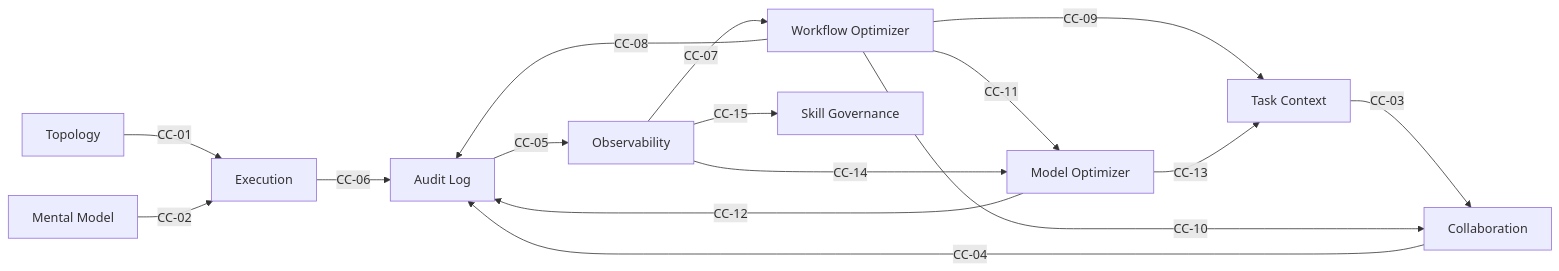
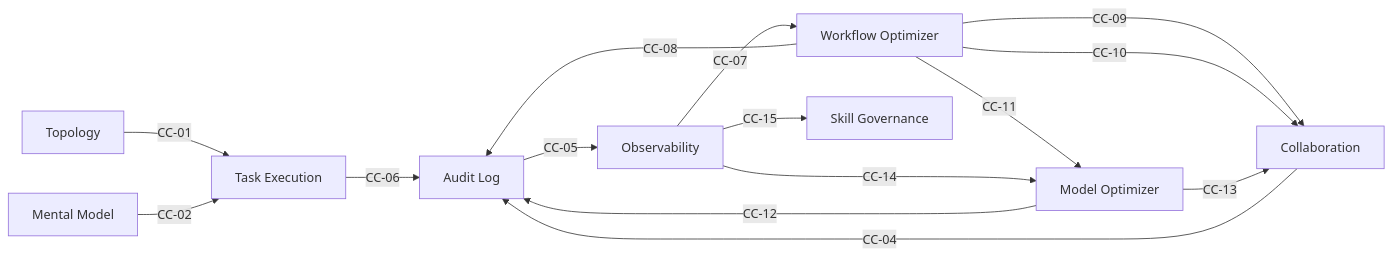
One commit to WMJOON/multi-swarm-orchestrator changed the second of 3 diagrams in docs/pipelines.md. Above: the diagram before and after it, drawn with Mermaid. The commit also changed other lines of this file and 38 other files, not shown here.

First line of the commit message:
feat(v0.2.3): absorb mso-task-execution into mso-harness-setup + repo cleanup

````diff
--- a/docs/pipelines.md
+++ b/docs/pipelines.md
@@ -58,21 +61,20 @@
 ```mermaid
 flowchart LR
-    Topology -- CC-01 --> Execution
-    MentalModel["Mental Model"] -- CC-02 --> Execution
-    Execution -- CC-06 --> AuditLog["Audit Log"]
+    Topology -- CC-01 --> TaskExec["Task Execution"]
+    MentalModel["Mental Model"] -- CC-02 --> TaskExec
+    TaskExec -- CC-06 --> AuditLog["Audit Log"]
 
-    TaskContext["Task Context"] -- CC-03 --> Collaboration
     Collaboration -- CC-04 --> AuditLog
     AuditLog -- CC-05 --> Observability
 
     Observability -- CC-07 --> Optimizer["Workflow Optimizer"]
     Optimizer -- CC-08 --> AuditLog
-    Optimizer -- CC-09 --> TaskContext
+    Optimizer -- CC-09 --> Collaboration
     Optimizer -- CC-10 --> Collaboration
 
     Optimizer -- CC-11 --> ModelOpt["Model Optimizer"]
     ModelOpt -- CC-12 --> AuditLog
-    ModelOpt -- CC-13 --> TaskContext
+    ModelOpt -- CC-13 --> Collaboration
     Observability -- CC-14 --> ModelOpt
     Observability -- CC-15 --> Governance["Skill Governance"]
 ```
````
